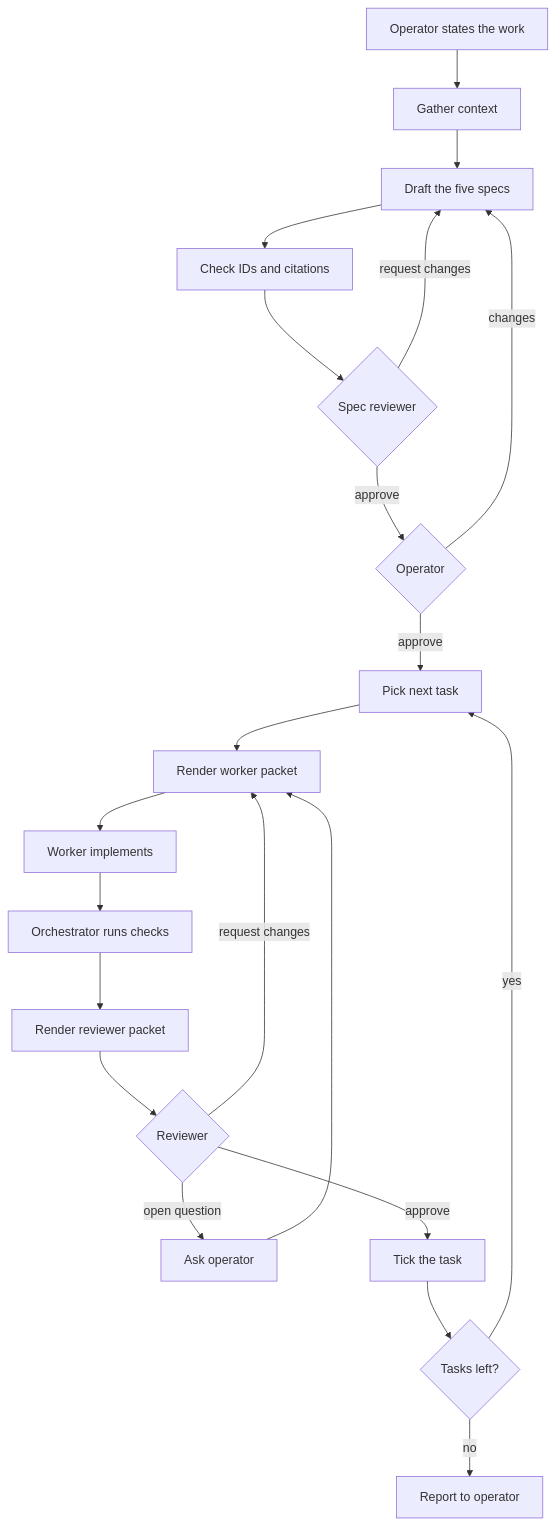
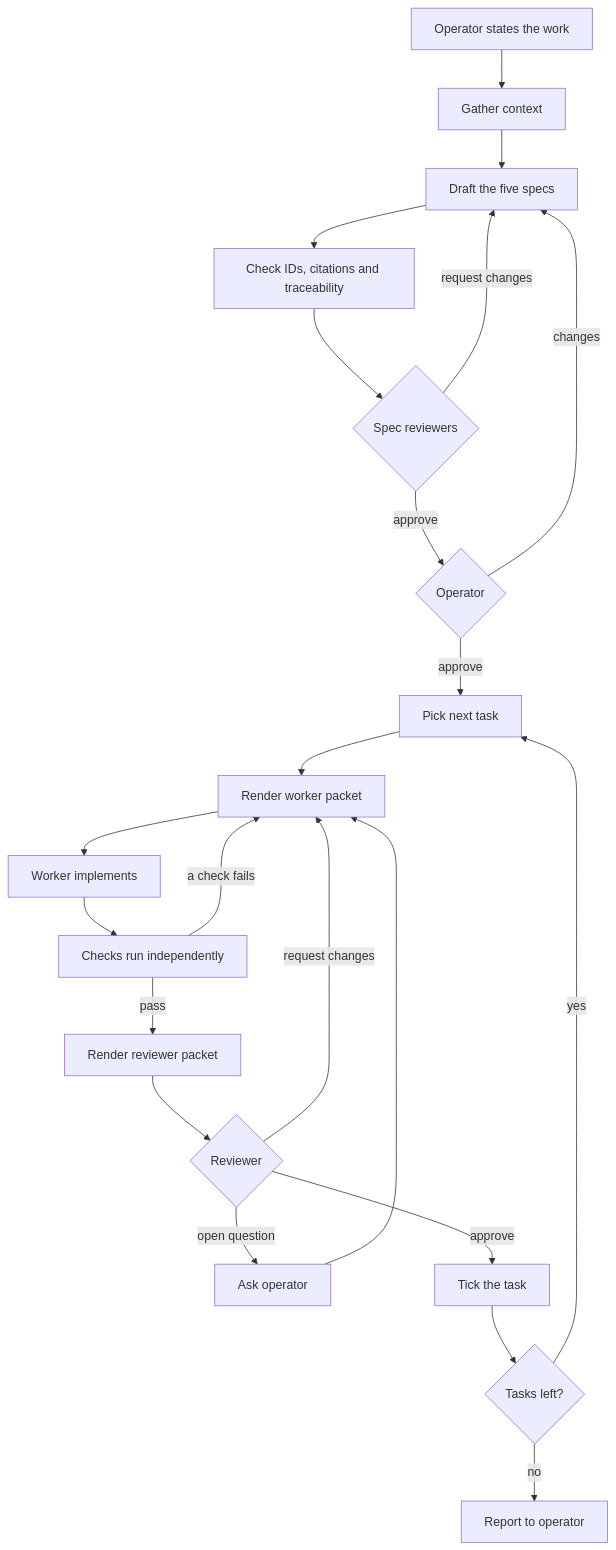
Before and after one commit to rdrsss/planar: the diagram in docs/methodology.md, drawn with Mermaid. The commit also changed other lines of this file and 1 other file, not shown here.

First line of the commit message:
Describe profiles, spec review focuses and the execution loop in the docs

````diff
--- a/docs/methodology.md
+++ b/docs/methodology.md
@@ -25,23 +25,24 @@
 ```mermaid
 flowchart TD
     A[Operator states the work] --> B[Gather context]
     B --> C[Draft the five specs]
-    C --> D[Check IDs and citations]
-    D --> E{Spec reviewer}
+    C --> D[Check IDs, citations and traceability]
+    D --> E{Spec reviewers}
     E -- request changes --> C
     E -- approve --> F{Operator}
     F -- changes --> C
     F -- approve --> G[Pick next task]
     G --> H[Render worker packet]
     H --> I[Worker implements]
-    I --> J[Orchestrator runs checks]
-    J --> K[Render reviewer packet]
+    I --> J[Checks run independently]
+    J -- a check fails --> H
+    J -- pass --> K[Render reviewer packet]
     K --> L{Reviewer}
     L -- request changes --> H
     L -- open question --> Q[Ask operator]
     Q --> H
     L -- approve --> M[Tick the task]
     M --> N{Tasks left?}
     N -- yes --> G
     N -- no --> O[Report to operator]
 ```
````
